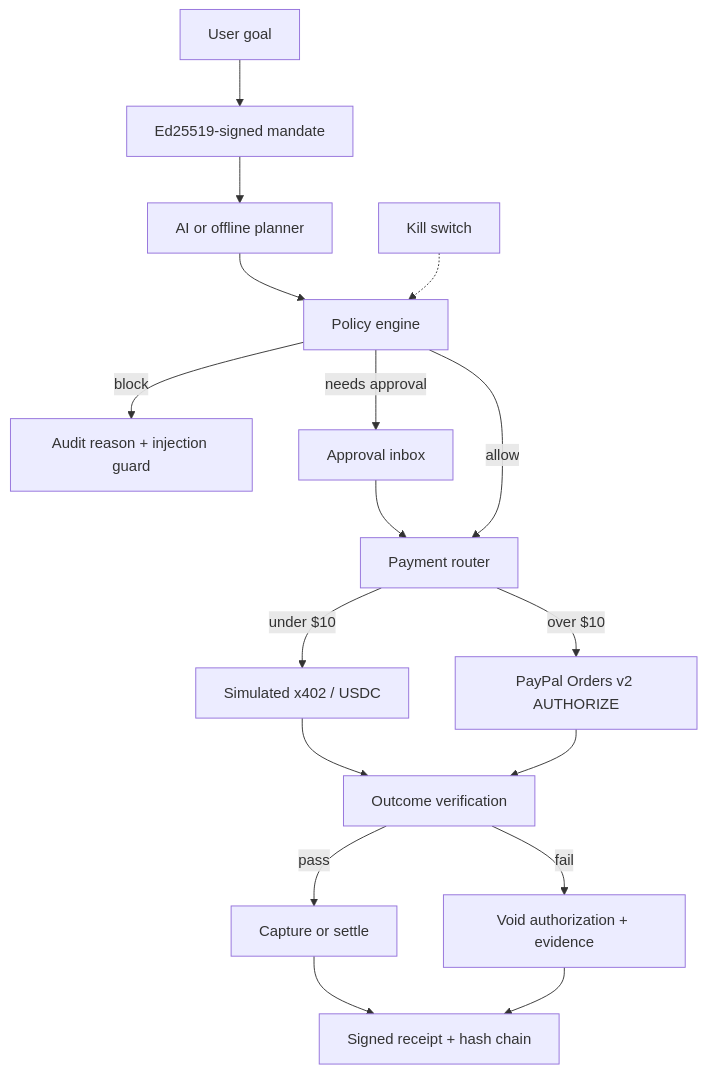
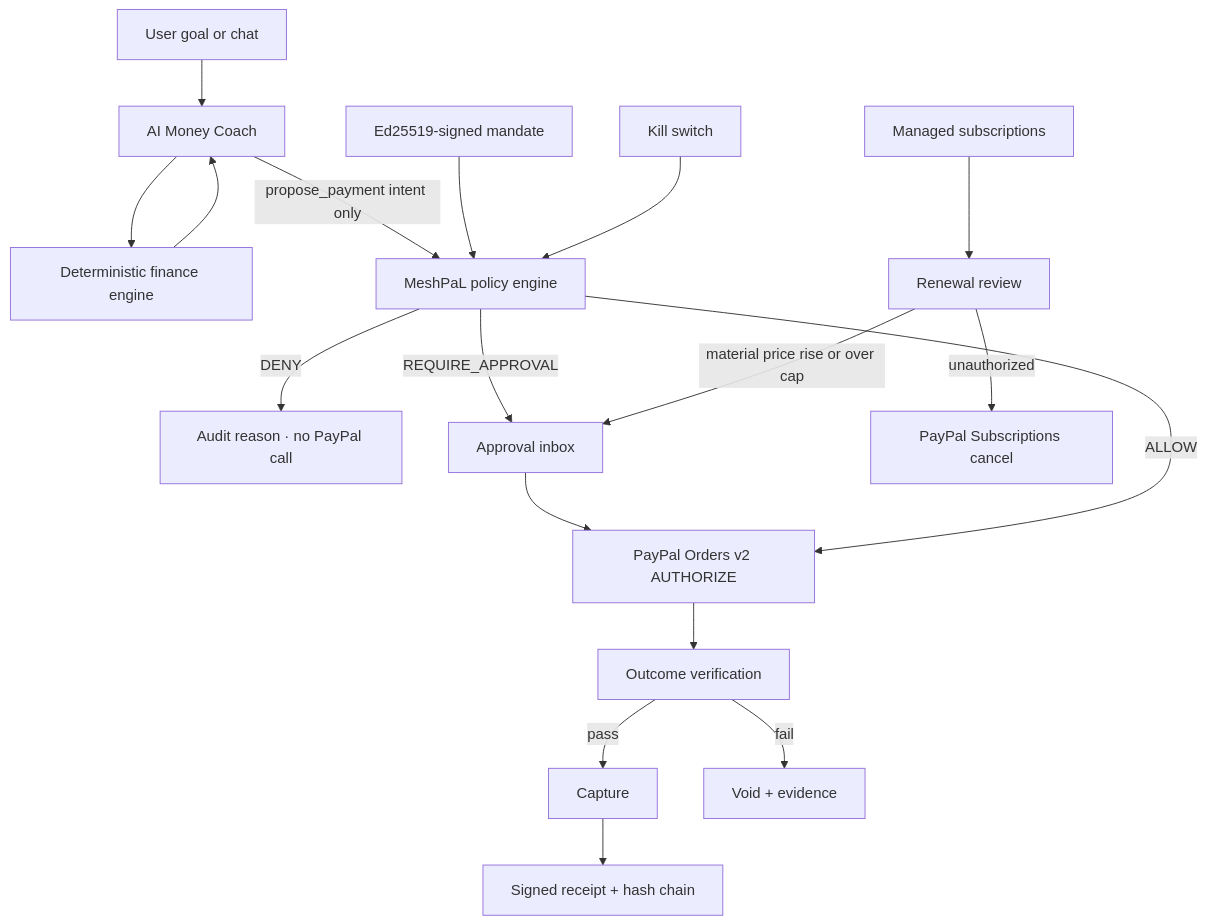
The diagram in README.md (CodesbyFebin/AgentPAL), drawn with Mermaid before and after one commit. The commit also changed other lines of this file and 55 other files, not shown here.

First line of the commit message:
Build MoneyMate Mesh on the MeshPaL MVP for the PayPal AI Hackathon.

````diff
--- a/README.md
+++ b/README.md
@@ -56,19 +22,20 @@
 ```mermaid
 flowchart TD
-  G[User goal] --> M[Ed25519-signed mandate]
-  M --> P[AI or offline planner]
-  P --> L[Policy engine]
-  L -->|block| X[Audit reason + injection guard]
-  L -->|needs approval| I[Approval inbox]
+  U[User goal or chat] --> C[AI Money Coach]
+  C --> E[Deterministic finance engine]
+  E --> C
+  C -->|propose_payment intent only| P[MeshPaL policy engine]
+  M[Ed25519-signed mandate] --> P
+  KS[Kill switch] --> P
+  P -->|DENY| X[Audit reason · no PayPal call]
+  P -->|REQUIRE_APPROVAL| I[Approval inbox]
   I --> Pay
-  L -->|allow| Pay[Payment router]
-  Pay -->|under $10| X4[Simulated x402 / USDC]
-  Pay -->|over $10| PP[PayPal Orders v2 AUTHORIZE]
-  X4 --> V[Outcome verification]
-  PP --> V
-  V -->|pass| C[Capture or settle]
-  V -->|fail| R[Void authorization + evidence]
-  C --> Rec[Signed receipt + hash chain]
-  R --> Rec
-  KS[Kill switch] -.-> L
+  P -->|ALLOW| Pay[PayPal Orders v2 AUTHORIZE]
+  Pay --> V[Outcome verification]
+  V -->|pass| Cap[Capture]
+  V -->|fail| Void[Void + evidence]
+  Cap --> Rec[Signed receipt + hash chain]
+  Sub[Managed subscriptions] --> Rev[Renewal review]
+  Rev -->|material price rise or over cap| I
+  Rev -->|unauthorized| Can[PayPal Subscriptions cancel]
 ```
````
